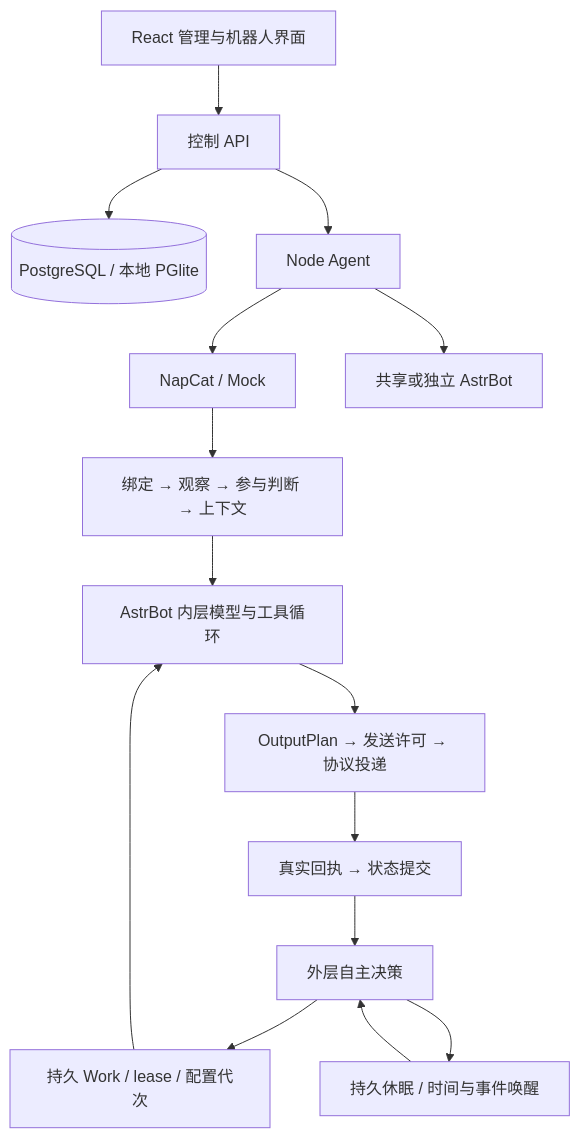
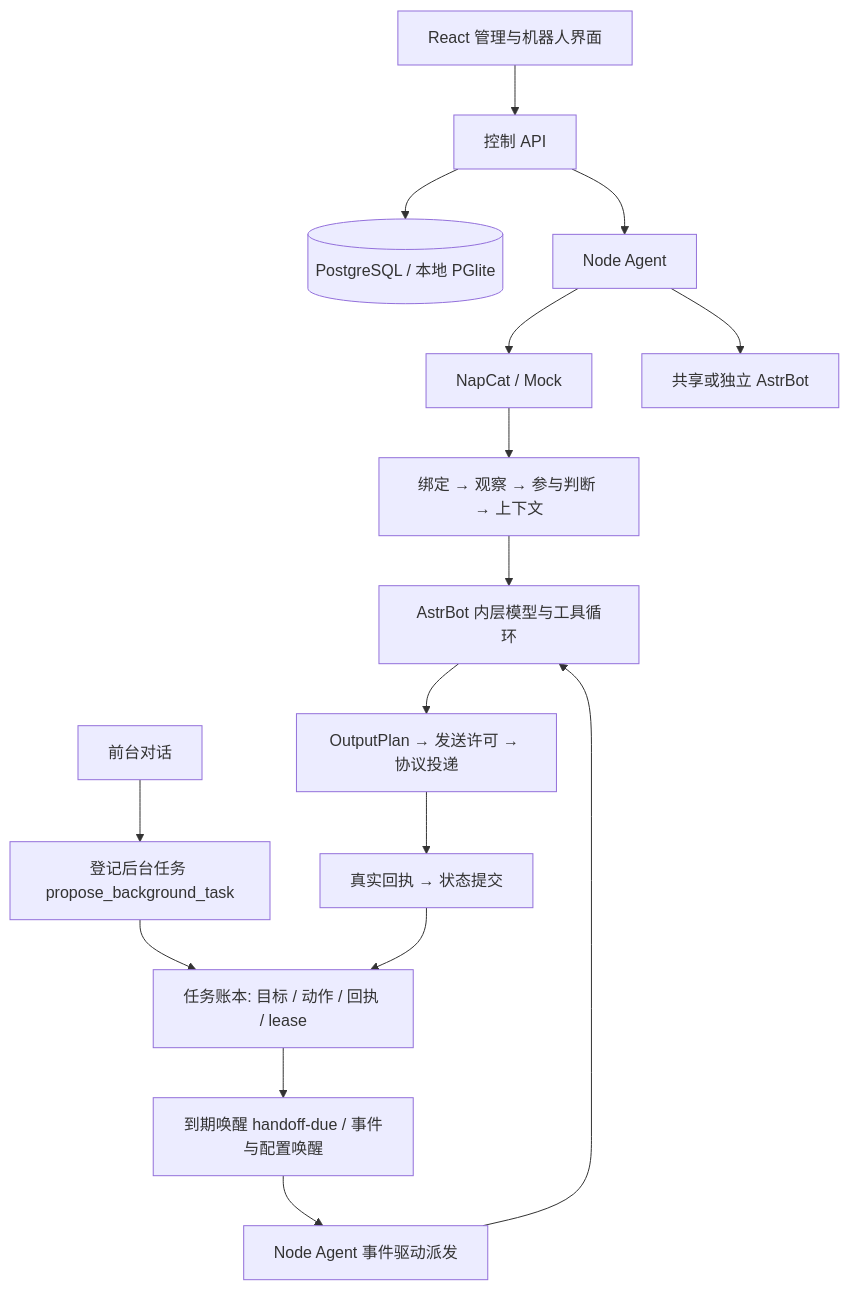
The diagram in README.md (shuangbai0702/qq-ai-saas), drawn with Mermaid before and after one commit. The commit also changed other lines of this file and 36 other files, not shown here.

Commit message:
refactor: replace outer planning with inner handoffs and retain memory evidence

````diff
--- a/README.md
+++ b/README.md
@@ -20,17 +20,18 @@
 ```mermaid
 flowchart TD
     Web[React 管理与机器人界面] --> API[控制 API]
     API --> DB[(PostgreSQL / 本地 PGlite)]
     API --> Agent[Node Agent]
     Agent --> QQ[NapCat / Mock]
     Agent --> AI[共享或独立 AstrBot]
     QQ --> Pipeline[绑定 → 观察 → 参与判断 → 上下文]
     Pipeline --> Inner[AstrBot 内层模型与工具循环]
-    Outer[外层自主决策] --> Work[持久 Work / lease / 配置代次]
-    Work --> Inner
+    Foreground[前台对话] --> Handoff[登记后台任务 propose_background_task]
+    Handoff --> Ledger[任务账本: 目标 / 动作 / 回执 / lease]
+    Ledger --> Wake[到期唤醒 handoff-due / 事件与配置唤醒]
+    Wake --> Dispatch[Node Agent 事件驱动派发]
+    Dispatch --> Inner
     Inner --> Output[OutputPlan → 发送许可 → 协议投递]
     Output --> Receipt[真实回执 → 状态提交]
-    Receipt --> Outer
-    Outer --> Sleep[持久休眠 / 时间与事件唤醒]
-    Sleep --> Outer
+    Receipt --> Ledger
 ```
````
